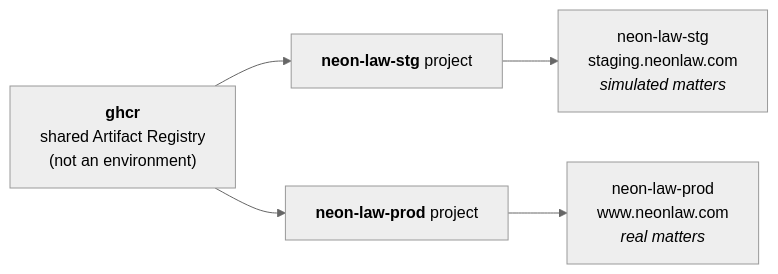
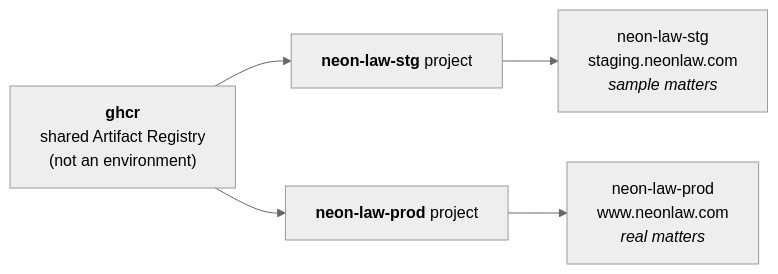
The diagram in docs/environments.md (neon-law-foundation/navigator), drawn with Mermaid (neutral theme) before and after one commit. The commit also changed other lines of this file and 33 other files, not shown here.

````diff
--- a/docs/environments.md
+++ b/docs/environments.md
@@ -26,11 +26,11 @@
 ```mermaid
 graph LR
     REG["<b>ghcr</b><br/>shared Artifact Registry<br/>(not an environment)"]
     LS["<b>neon-law-stg</b> project"]
     NP["<b>neon-law-prod</b> project"]
 
     REG --> LS
     REG --> NP
-    LS --> LSTG["neon-law-stg<br/>staging.neonlaw.com<br/><i>simulated matters</i>"]
+    LS --> LSTG["neon-law-stg<br/>staging.neonlaw.com<br/><i>sample matters</i>"]
     NP --> NPRD["neon-law-prod<br/>www.neonlaw.com<br/><i>real matters</i>"]
 ```
````
